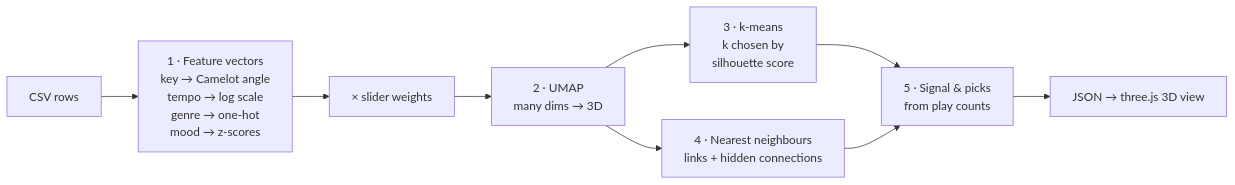
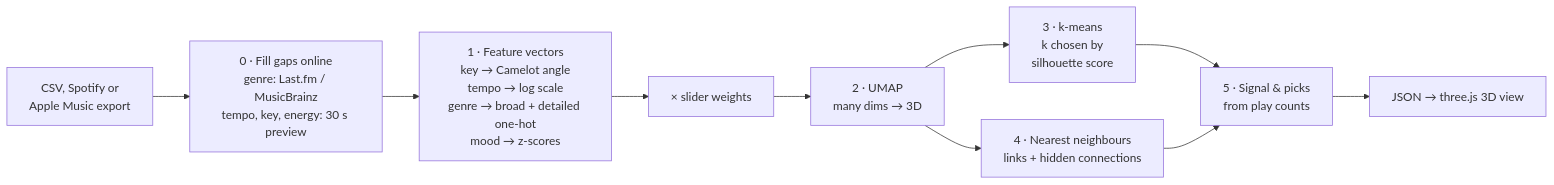
One commit to agangdut/supermusic changed the ninth of 9 diagrams in docs/how-it-works.md. Above: the diagram before and after it, drawn with Mermaid. The commit also changed other lines of this file and 15 other files, not shown here.

````diff
--- a/docs/how-it-works.md
+++ b/docs/how-it-works.md
@@ -346,11 +441,12 @@
 ```mermaid
 flowchart LR
-    CSV[CSV rows] --> FE["1 · Feature vectors<br/>key → Camelot angle<br/>tempo → log scale<br/>genre → one-hot<br/>mood → z-scores"]
+    IN[CSV, Spotify or<br/>Apple Music export] --> FILL["0 · Fill gaps online<br/>genre: Last.fm / MusicBrainz<br/>tempo, key, energy: 30 s preview"]
+    FILL --> FE["1 · Feature vectors<br/>key → Camelot angle<br/>tempo → log scale<br/>genre → broad + detailed one-hot<br/>mood → z-scores"]
     FE --> W[× slider weights]
     W --> U["2 · UMAP<br/>many dims → 3D"]
     U --> K["3 · k-means<br/>k chosen by<br/>silhouette score"]
     U --> NN["4 · Nearest neighbours<br/>links + hidden connections"]
     K --> SIG["5 · Signal & picks<br/>from play counts"]
     NN --> SIG
     SIG --> JSON[JSON → three.js 3D view]
 ```
````
